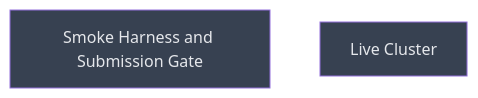
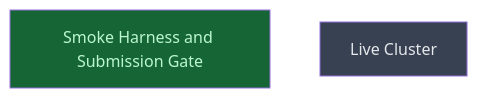
One commit to RIKEN-RCCS/Rikyu-Agent changed the diagram in __roadmap__/rikyu_mcp_sdk_v2/validation/README.md. Above: the diagram before and after it, drawn with Mermaid. The commit also changed other lines of this file, not shown here.

Commit message:
docs(roadmap): mark harness_and_gating done

````diff
--- a/__roadmap__/rikyu_mcp_sdk_v2/validation/README.md
+++ b/__roadmap__/rikyu_mcp_sdk_v2/validation/README.md
@@ -30,10 +30,10 @@
 ```mermaid
 graph TD
-    harness_and_gating[Smoke Harness and Submission Gate]:::planned
+    harness_and_gating[Smoke Harness and Submission Gate]:::done
     live[Live Cluster]:::planned
     classDef done       fill:#166534,color:#bbf7d0
     classDef inprogress fill:#854d0e,color:#fef08a
     classDef planned    fill:#374151,color:#e5e7eb
     classDef amendment  fill:#1e3a5f,color:#bfdbfe
     classDef blocked    fill:#7f1d1d,color:#fecaca
 ```
````
